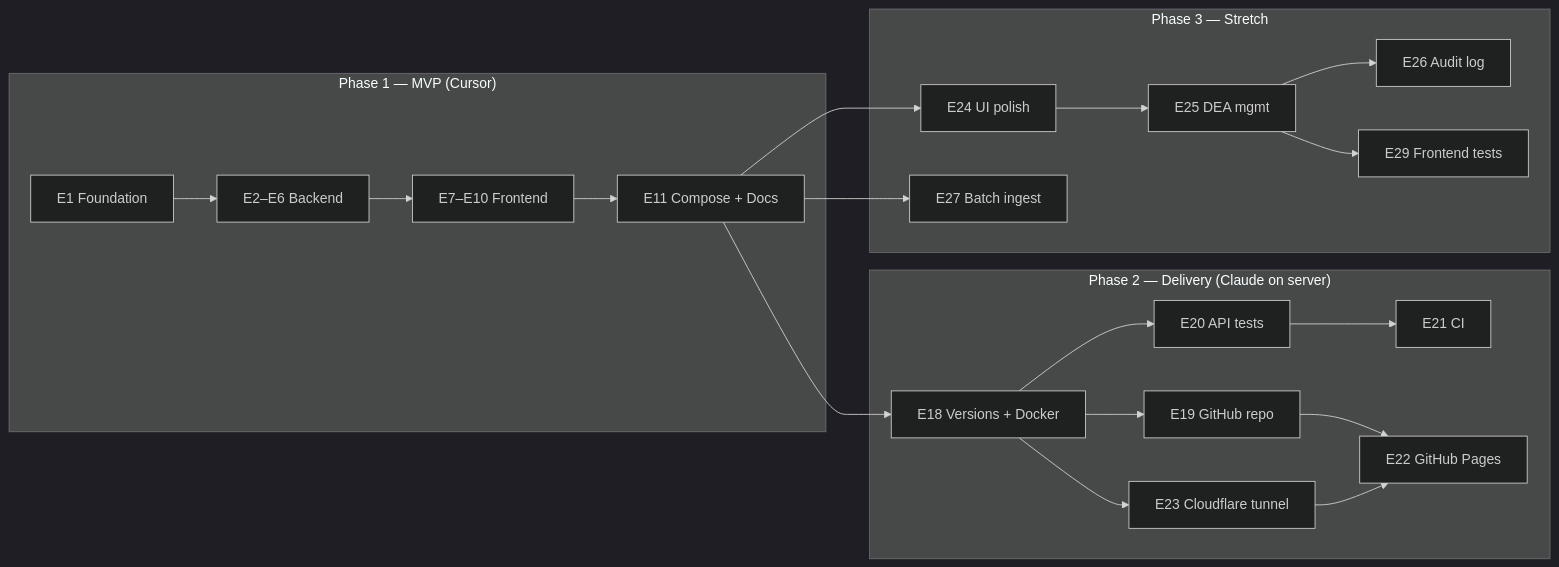
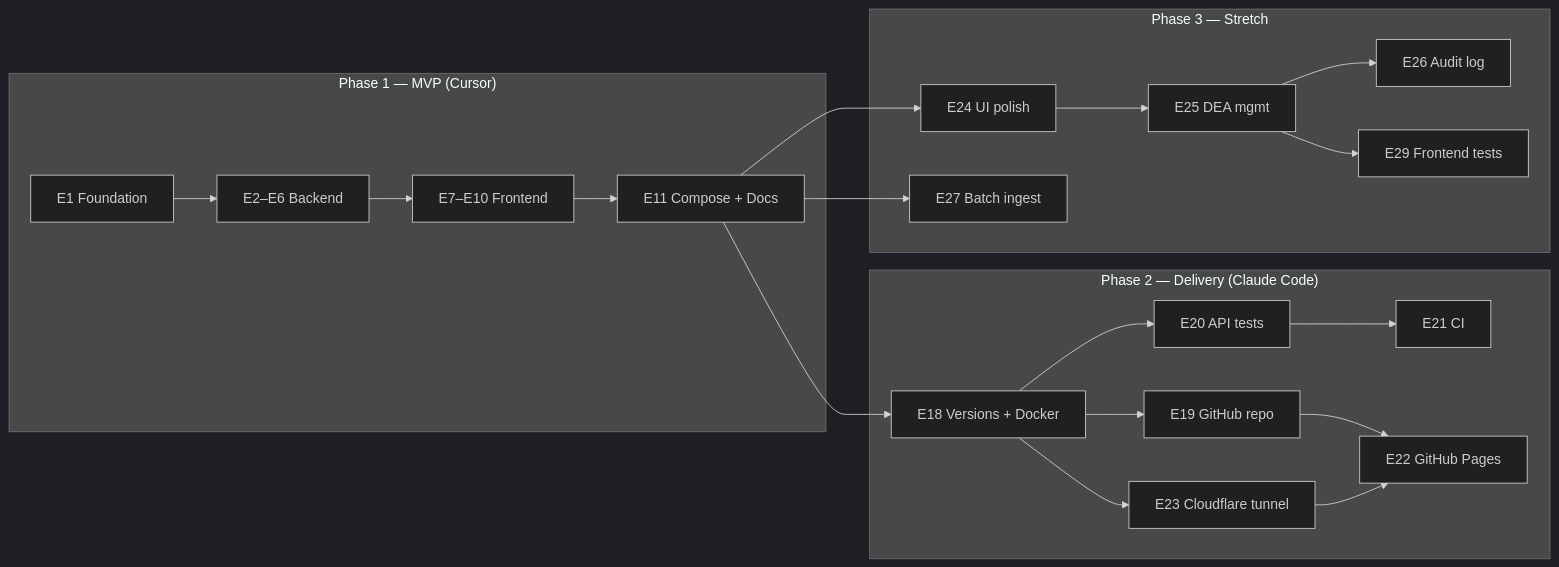
The first of 4 diagrams in frontend/public/docs/HOW_THIS_WAS_BUILT.md (jsteve1/surecost-drug-catalog), drawn with Mermaid (dark theme) before and after one commit. The commit also changed other lines of this file and 6 other files, not shown here.

````diff
--- a/frontend/public/docs/HOW_THIS_WAS_BUILT.md
+++ b/frontend/public/docs/HOW_THIS_WAS_BUILT.md
@@ -11,35 +11,35 @@
 ```mermaid
 flowchart LR
     subgraph MVP["Phase 1 — MVP (Cursor)"]
         E1[E1 Foundation]
         E2[E2–E6 Backend]
         E3[E7–E10 Frontend]
         E4[E11 Compose + Docs]
     end
 
-    subgraph Delivery["Phase 2 — Delivery (Claude on server)"]
+    subgraph Delivery["Phase 2 — Delivery (Claude Code)"]
         E18[E18 Versions + Docker]
         E19[E19 GitHub repo]
         E20[E20 API tests]
         E21[E21 CI]
         E22[E22 GitHub Pages]
         E23[E23 Cloudflare tunnel]
     end
 
     subgraph Stretch["Phase 3 — Stretch"]
         E24[E24 UI polish]
         E25[E25 DEA mgmt]
         E26[E26 Audit log]
         E27[E27 Batch ingest]
         E29[E29 Frontend tests]
     end
 
     E1 --> E2 --> E3 --> E4
     E4 --> E18 --> E19
     E18 --> E20 --> E21
     E19 --> E22
     E18 --> E23 --> E22
     E4 --> E24 --> E25 --> E26
     E4 --> E27
     E25 --> E29
 ```
````
